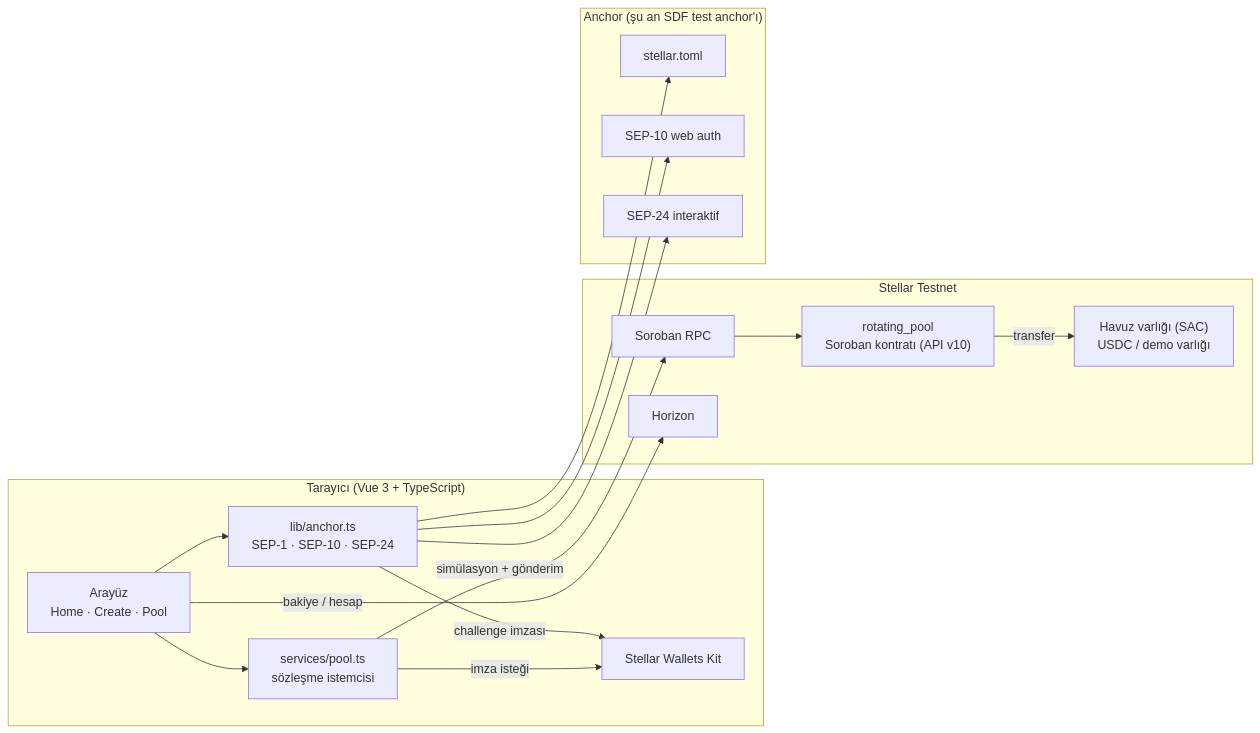
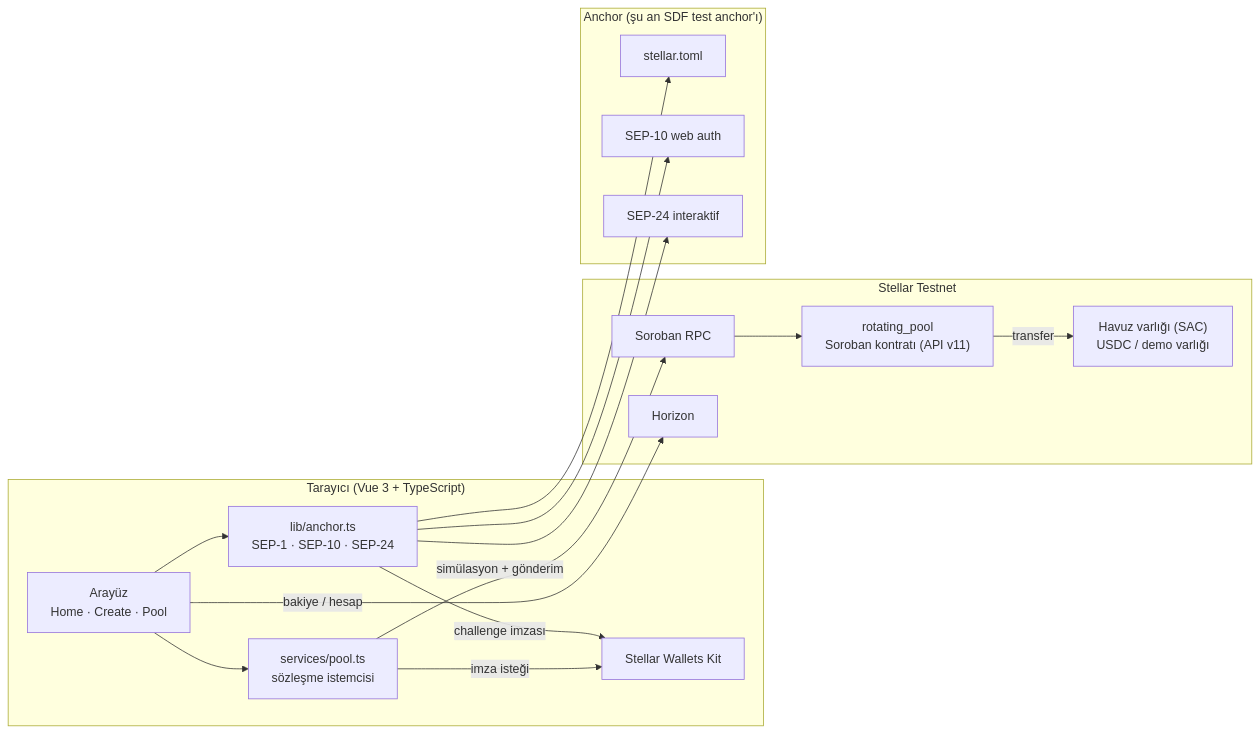
Before and after one commit to yusufarslan44/Stellerpool: the first of 5 diagrams in docs/architecture/architecture.md, drawn with Mermaid. The commit also changed other lines of this file and 4 other files, not shown here.

```diff
--- a/docs/architecture/architecture.md
+++ b/docs/architecture/architecture.md
@@ -7,31 +7,31 @@
 ~~~mermaid
 flowchart LR
   subgraph Browser["Tarayıcı (Vue 3 + TypeScript)"]
     UI["Arayüz<br/>Home · Create · Pool"]
     SVC["services/pool.ts<br/>sözleşme istemcisi"]
     ANC["lib/anchor.ts<br/>SEP-1 · SEP-10 · SEP-24"]
     WK["Stellar Wallets Kit"]
   end
   subgraph Stellar["Stellar Testnet"]
     RPC["Soroban RPC"]
-    POOL["rotating_pool<br/>Soroban kontratı (API v10)"]
+    POOL["rotating_pool<br/>Soroban kontratı (API v11)"]
     SAC["Havuz varlığı (SAC)<br/>USDC / demo varlığı"]
     HZ["Horizon"]
   end
   subgraph Anchor["Anchor (şu an SDF test anchor'ı)"]
     TOML["stellar.toml"]
     AUTH["SEP-10 web auth"]
     S24["SEP-24 interaktif"]
   end
   UI --> SVC
   UI --> ANC
   SVC -->|"simülasyon + gönderim"| RPC
   RPC --> POOL
   POOL -->|"transfer"| SAC
   SVC -->|"imza isteği"| WK
   ANC -->|"challenge imzası"| WK
   ANC --> TOML
   ANC --> AUTH
   ANC --> S24
   UI -->|"bakiye / hesap"| HZ
 ~~~
```
